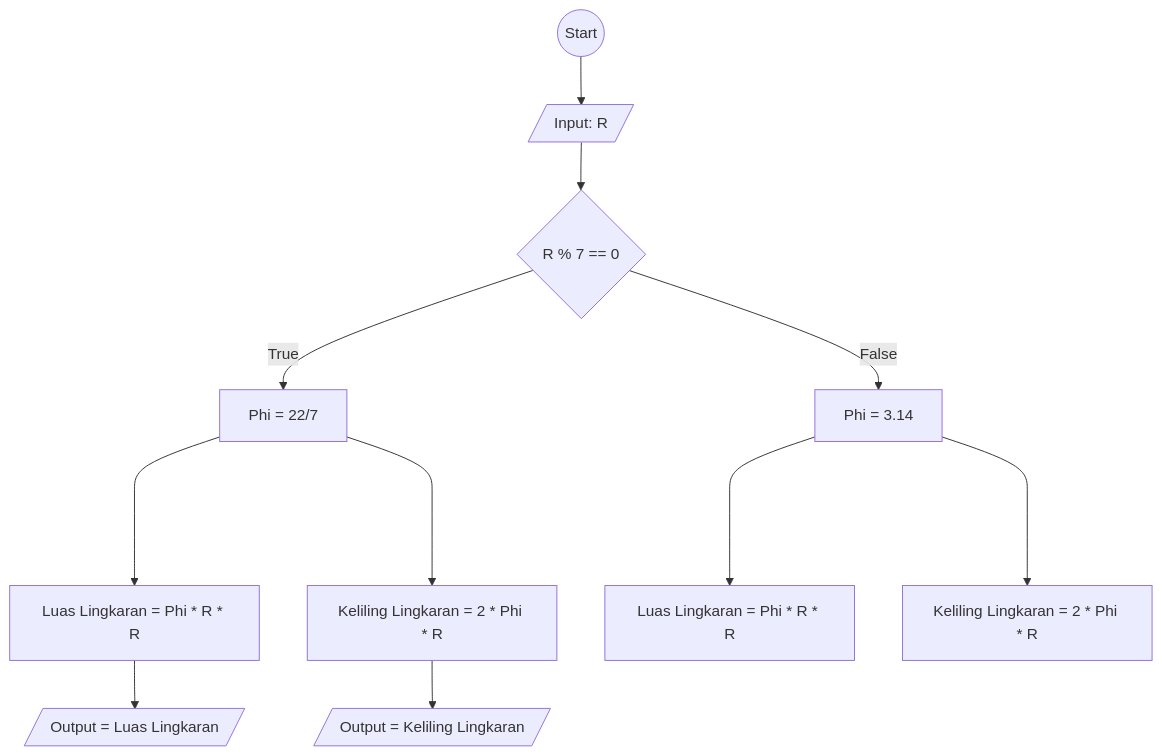
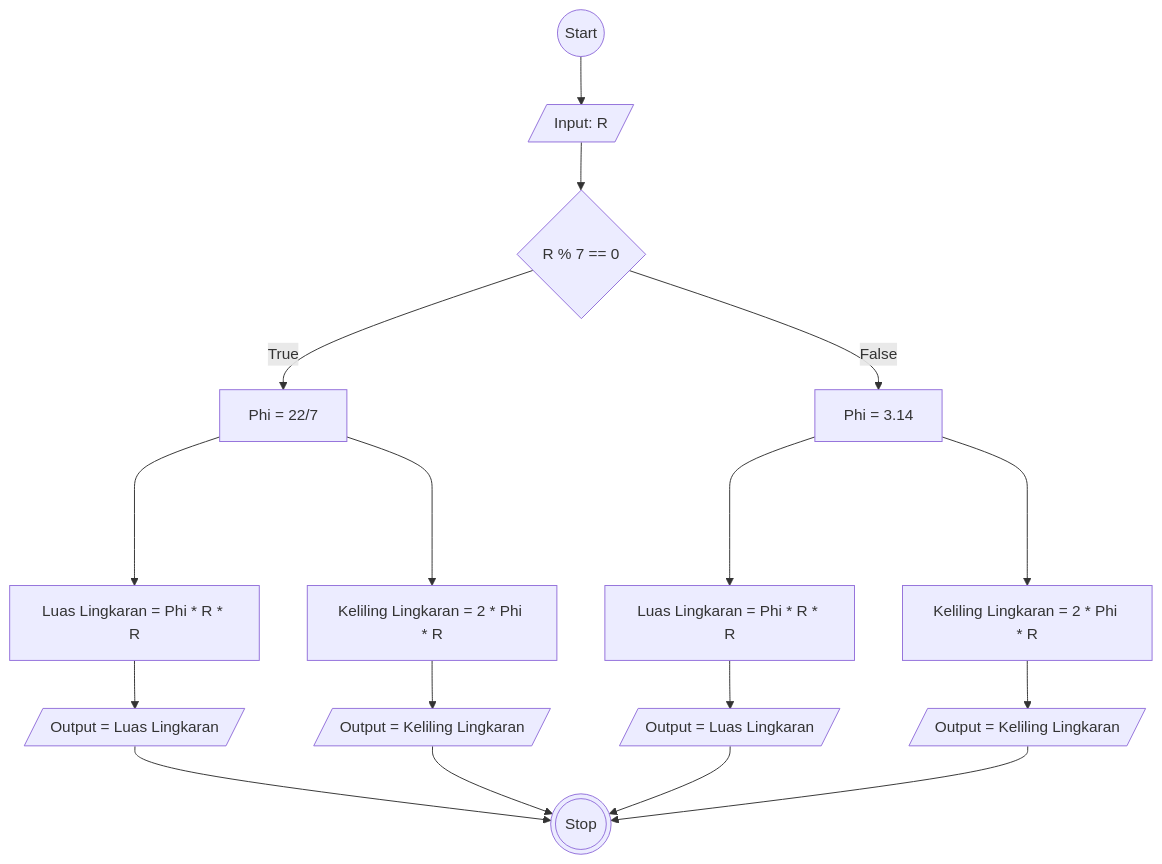
The diagram in flowchart-luas-keliling-lingkaran.md (Vincentius31/koda-b6-algoritma), drawn with Mermaid before and after one commit.

````diff
--- a/flowchart-luas-keliling-lingkaran.md
+++ b/flowchart-luas-keliling-lingkaran.md
@@ -1,24 +1,33 @@
 ```mermaid
     flowchart TD
     id1((Start))
     id2[/"Input: R"/]
     id3{R % 7 == 0}
     id4["Phi = 22/7"]
     id5["Phi = 3.14"]
     id6["Luas Lingkaran = Phi * R * R"]
     id7["Keliling Lingkaran = 2 * Phi * R"]
     id8["Luas Lingkaran = Phi * R * R"]
     id9["Keliling Lingkaran = 2 * Phi * R"]
     id10[/"Output = Luas Lingkaran "/]
     id11[/"Output = Keliling Lingkaran "/]
+    id12[/"Output = Luas Lingkaran "/]
+    id13[/"Output = Keliling Lingkaran "/]
+    id14(((Stop)))
 
     id1 --> id2 --> id3
     id3 -- True --> id4
     id3 -- False --> id5
     id4 ----> id6
     id4 ----> id7
     id5 ----> id8
     id5 ----> id9
     id6 --> id10
     id7 --> id11
+    id8 --> id12
+    id9 --> id13
+    id10 --> id14
+    id11 --> id14
+    id12 --> id14
+    id13 --> id14
 ```
````
